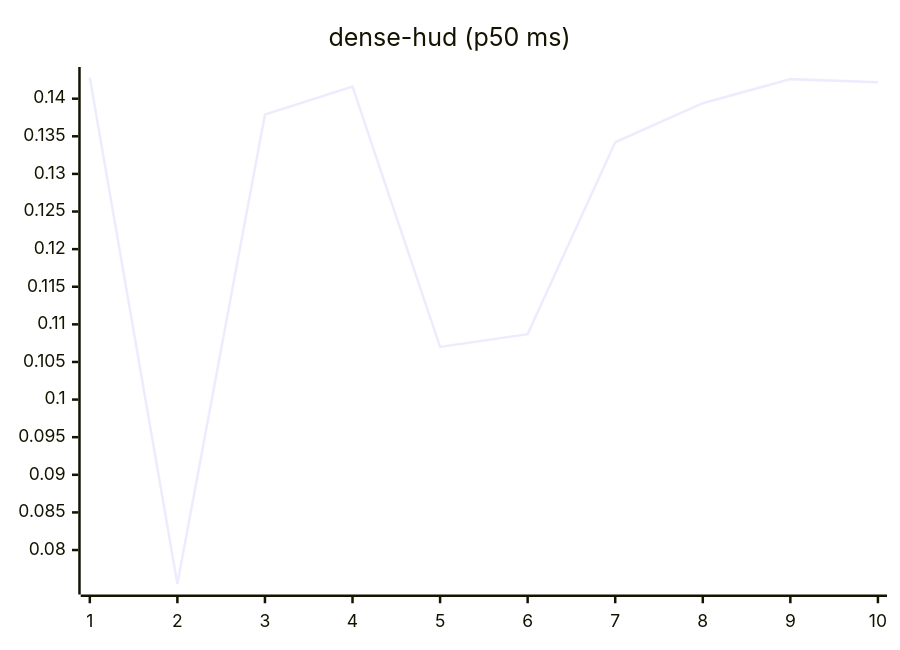
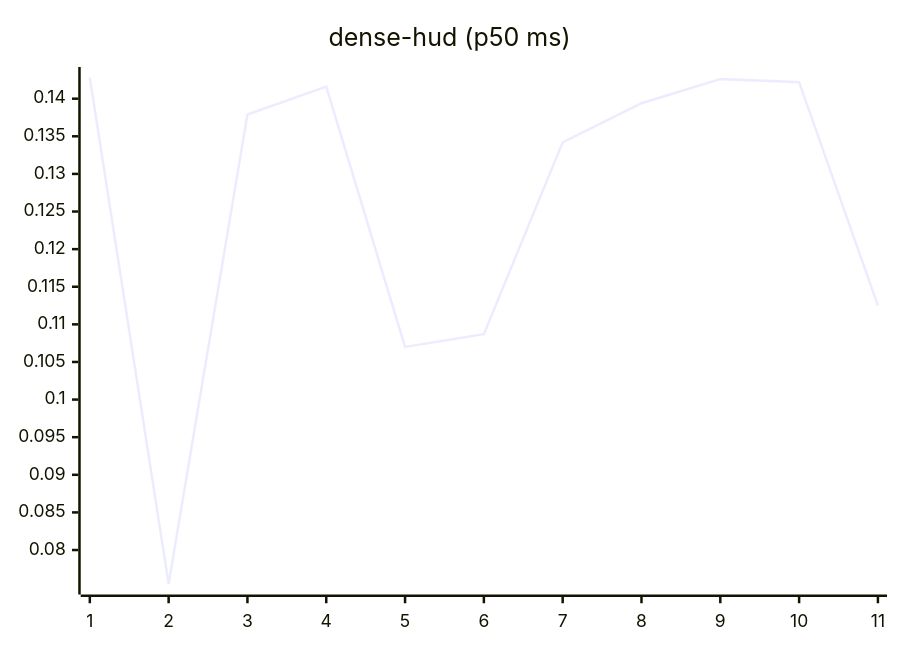
One commit to josha/Facet changed the eighth of 27 diagrams in README.md. Above: the diagram before and after it, drawn with Mermaid. The commit also changed other lines of this file and 2 other files, not shown here.

````diff
--- a/README.md
+++ b/README.md
@@ -112,6 +112,6 @@
 ```mermaid
 xychart-beta
     title "dense-hud (p50 ms)"
-    x-axis 1 --> 10
-    line [0.1428, 0.0755, 0.1379, 0.1416, 0.1070, 0.1087, 0.1342, 0.1394, 0.1426, 0.1422]
+    x-axis 1 --> 11
+    line [0.1428, 0.0755, 0.1379, 0.1416, 0.1070, 0.1087, 0.1342, 0.1394, 0.1426, 0.1422, 0.1125]
 ```
````
